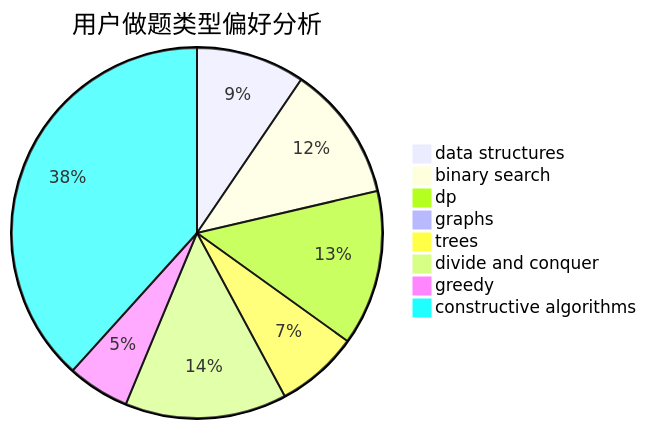
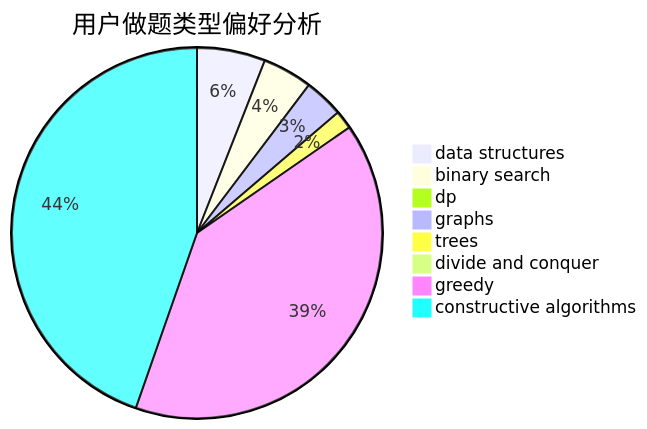
Before and after one commit to sherpahu/cfrs.github.io: the second of 3 diagrams in docs/user/u862.md, drawn with Mermaid. The commit also changed other lines of this file and 2770 other files, not shown here.

````diff
--- a/docs/user/u862.md
+++ b/docs/user/u862.md
@@ -23,11 +23,11 @@
 ```mermaid
 pie title 用户做题类型偏好分析
-    "data structures" :  84
-    "binary search" :  105
-    "dp" :  120
-    "graphs" :  7
-    "trees" :  64
-    "divide and conquer" :  125
-    "greedy" :  48
-    "constructive algorithms" :  339
+    "data structures" :  59
+    "binary search" :  43
+    "dp" :  6
+    "graphs" :  34
+    "trees" :  16
+    "divide and conquer" :  9
+    "greedy" :  396
+    "constructive algorithms" :  442
 ```
````
